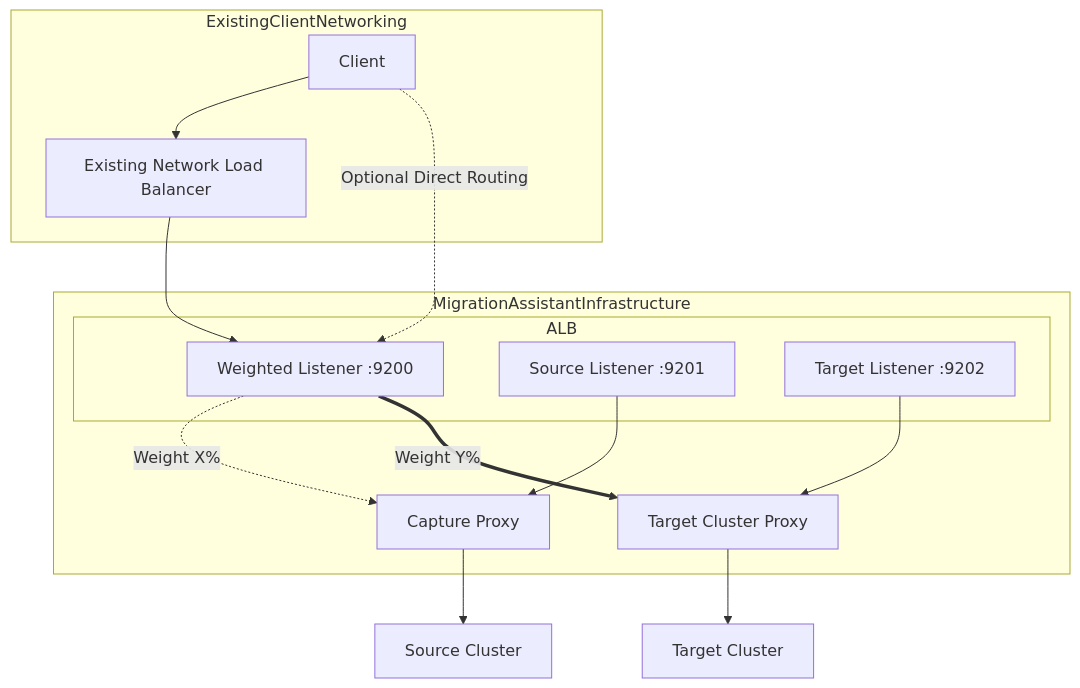
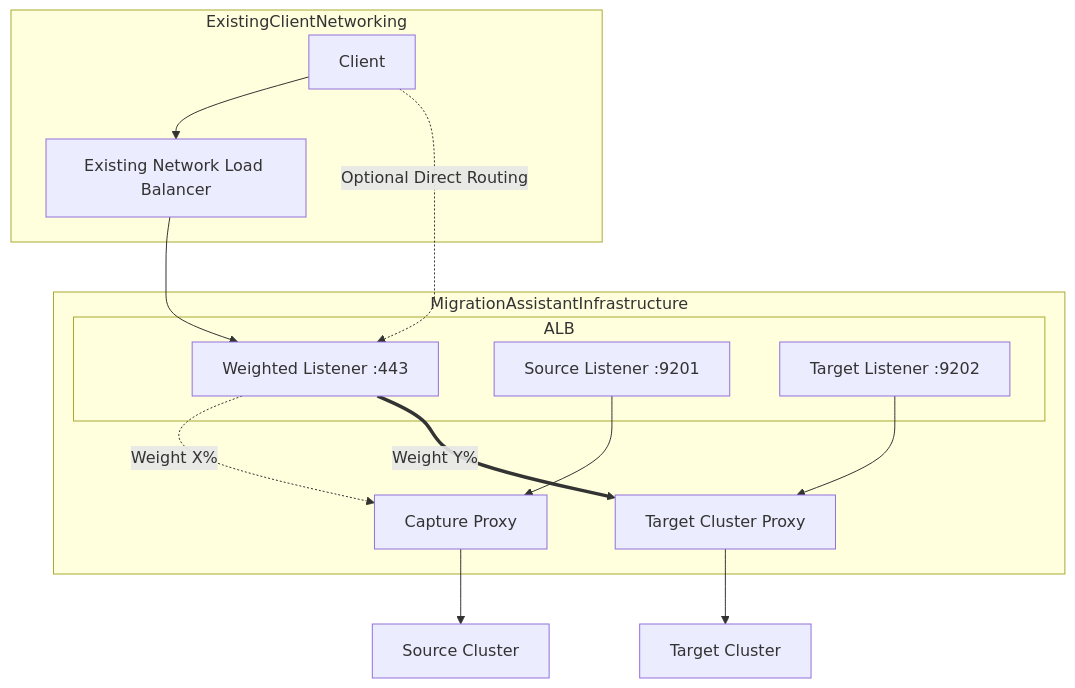
The diagram in docs/ClientTrafficSwinging.md (opensearch-project/opensearch-migrations), drawn with Mermaid before and after one commit. The commit also changed other lines of this file and 3 other files, not shown here.

````diff
--- a/docs/ClientTrafficSwinging.md
+++ b/docs/ClientTrafficSwinging.md
@@ -71,39 +71,39 @@
 ```mermaid
 graph TD
     subgraph ExistingClientNetworking
         Client[Client]
         NLB[Existing Network Load Balancer]
     end
 
     subgraph MigrationAssistantInfrastructure
         ALB[Application Load Balancer]
         subgraph ALB
-            L1[Weighted Listener :9200]
+            L1[Weighted Listener :443]
             L2[Source Listener :9201]
             L3[Target Listener :9202]
         end
         CP[Capture Proxy]
         TCP[Target Cluster Proxy]
     end
 
     SC[Source Cluster]
     TC[Target Cluster]
 
 
     %% Invisible lines for correct rendering order
     ExistingClientNetworking ~~~ MigrationAssistantInfrastructure  
     NLB ~~~ ALB
 
     %% Connections
     Client --> NLB
     NLB --> L1
     Client -.->|Optional Direct Routing| L1
 
     L1 -.->|Weight X%| CP
     L1 ==>|Weight Y%| TCP
     L2 --> CP
     L3 --> TCP
 
     CP --> SC
     TCP --> TC
 ```
````
